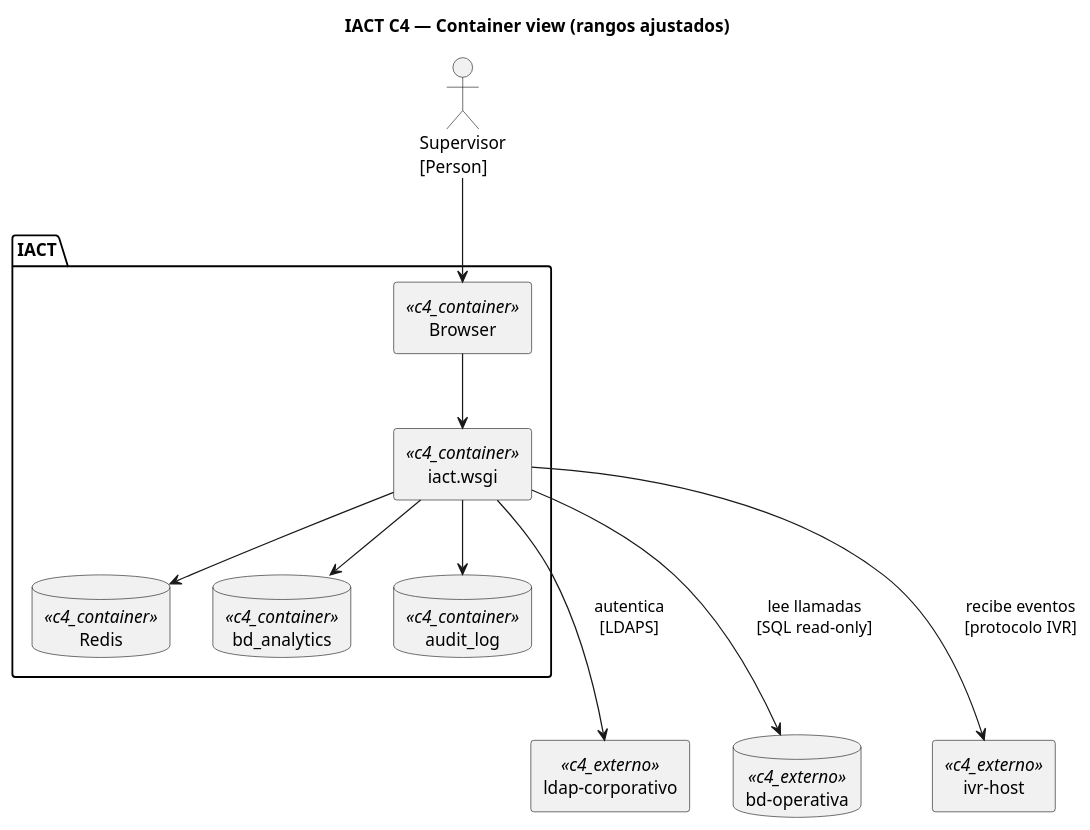
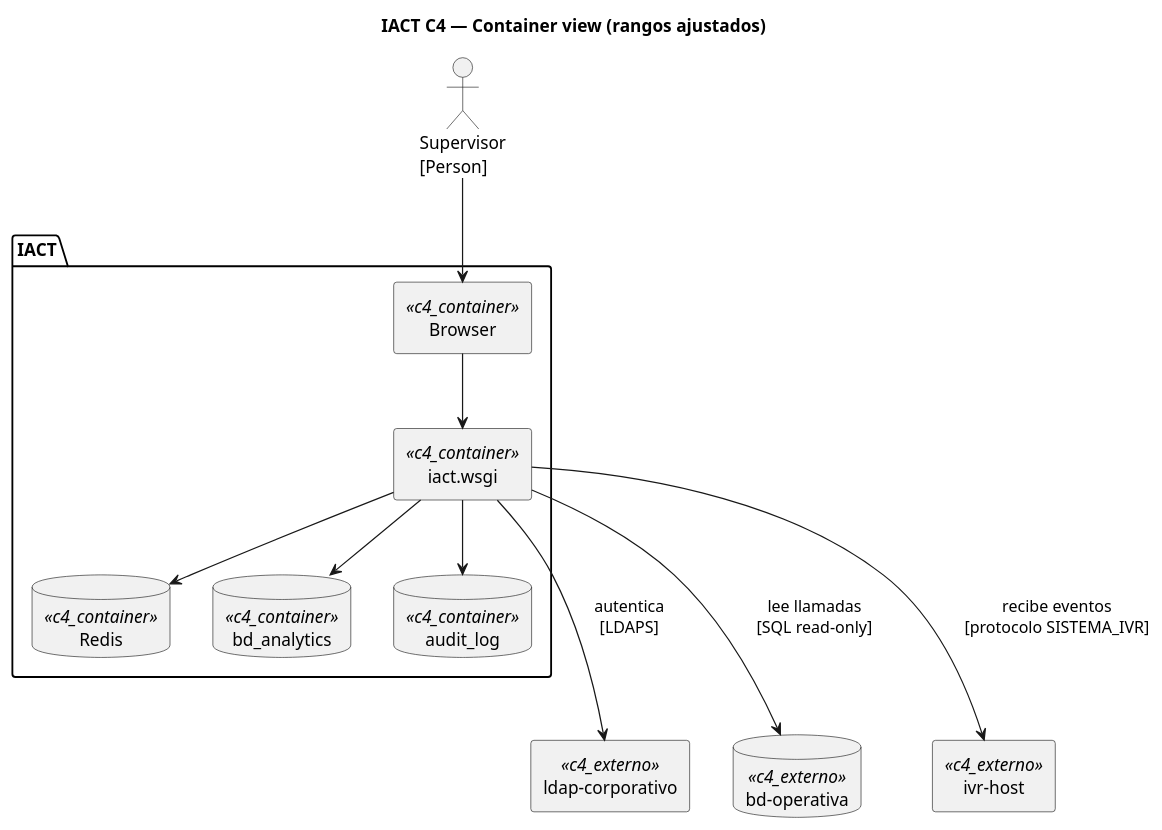
The diagram in source/requisitos/_metodologia-aplicacion/diagramas-distribucion/aplicacion-a-iact-ajuste-de-rangos.rst (jcg-admin/IACT-docs), drawn with PlantUML before and after one commit. The commit also changed 99 other files, not shown here.

First line of the commit message:
Fix ABREV_CORTA aliases in PlantUML blocks (97 files)

```diff
--- a/source/requisitos/_metodologia-aplicacion/diagramas-distribucion/aplicacion-a-iact-ajuste-de-rangos.rst
+++ b/source/requisitos/_metodologia-aplicacion/diagramas-distribucion/aplicacion-a-iact-ajuste-de-rangos.rst
@@ -10,31 +10,31 @@
 .. uml::
 
    @startuml
    title IACT C4 — Container view (rangos ajustados)
 
    actor "Supervisor\n[Person]" as Supervisor
 
    package "IACT" {
      rectangle "Browser" as Browser <<c4_container>>
-     rectangle "iact.wsgi" as WSGI <<c4_container>>
+     rectangle "iact.wsgi" as SERVIDOR_WSGI <<c4_container>>
      database "Redis" as Redis <<c4_container>>
-     database "bd_analytics" as BDA <<c4_container>>
+     database "bd_analytics" as BD_ANALYTICS <<c4_container>>
      database "audit_log" as Audit <<c4_container>>
    }
 
-   rectangle "ldap-corporativo" as LDAP <<c4_externo>>
-   database "bd-operativa" as BDO <<c4_externo>>
-   rectangle "ivr-host" as IVR <<c4_externo>>
+   rectangle "ldap-corporativo" as LDAP_CORPORATIVO <<c4_externo>>
+   database "bd-operativa" as BD_OPERATIVA <<c4_externo>>
+   rectangle "ivr-host" as SISTEMA_IVR <<c4_externo>>
 
    Supervisor --> Browser
-   Browser --> WSGI
-   WSGI --> Redis
-   WSGI --> BDA
-   WSGI --> Audit
+   Browser --> SERVIDOR_WSGI
+   SERVIDOR_WSGI --> Redis
+   SERVIDOR_WSGI --> BD_ANALYTICS
+   SERVIDOR_WSGI --> Audit
 
    ' Flechas alargadas hacia externos: las empujan al
    ' siguiente rango (debajo del package).
-   WSGI ---> LDAP : autentica\n[LDAPS]
-   WSGI ---> BDO : lee llamadas\n[SQL read-only]
-   WSGI ---> IVR : recibe eventos\n[protocolo IVR]
+   SERVIDOR_WSGI ---> LDAP_CORPORATIVO : autentica\n[LDAPS]
+   SERVIDOR_WSGI ---> BD_OPERATIVA : lee llamadas\n[SQL read-only]
+   SERVIDOR_WSGI ---> SISTEMA_IVR : recibe eventos\n[protocolo SISTEMA_IVR]
    @enduml
```
